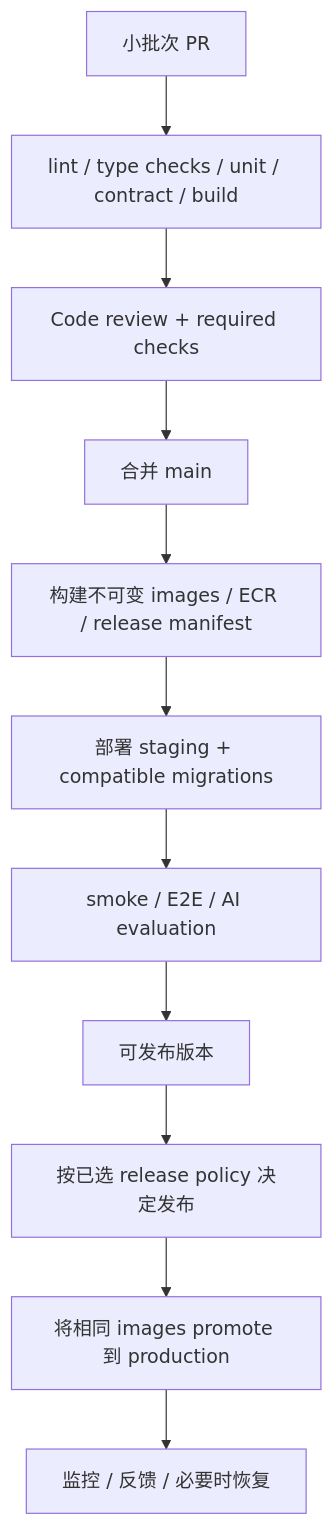
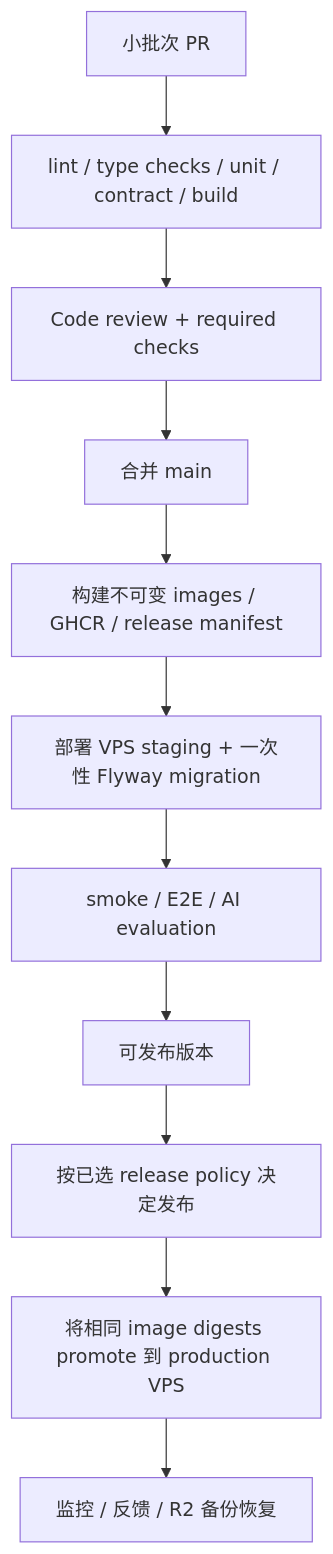
Before and after one commit to kurin0u0/Large-Lunch-Model: the second of 2 diagrams in docs/delivery-model-comparison-au-us-cn.md, drawn with Mermaid. The commit also changed other lines of this file and 7 other files, not shown here.

````diff
--- a/docs/delivery-model-comparison-au-us-cn.md
+++ b/docs/delivery-model-comparison-au-us-cn.md
@@ -339,13 +339,13 @@
 ```mermaid
 flowchart TD
     PR["小批次 PR"] --> CI["lint / type checks / unit / contract / build"]
     CI --> REVIEW["Code review + required checks"]
     REVIEW --> MAIN["合并 main"]
-    MAIN --> ART["构建不可变 images / ECR / release manifest"]
-    ART --> ST["部署 staging + compatible migrations"]
+    MAIN --> ART["构建不可变 images / GHCR / release manifest"]
+    ART --> ST["部署 VPS staging + 一次性 Flyway migration"]
     ST --> CHECK["smoke / E2E / AI evaluation"]
     CHECK --> READY["可发布版本"]
     READY --> DECIDE["按已选 release policy 决定发布"]
-    DECIDE --> PROD["将相同 images promote 到 production"]
-    PROD --> OBS["监控 / 反馈 / 必要时恢复"]
+    DECIDE --> PROD["将相同 image digests promote 到 production VPS"]
+    PROD --> OBS["监控 / 反馈 / R2 备份恢复"]
 ```
````
